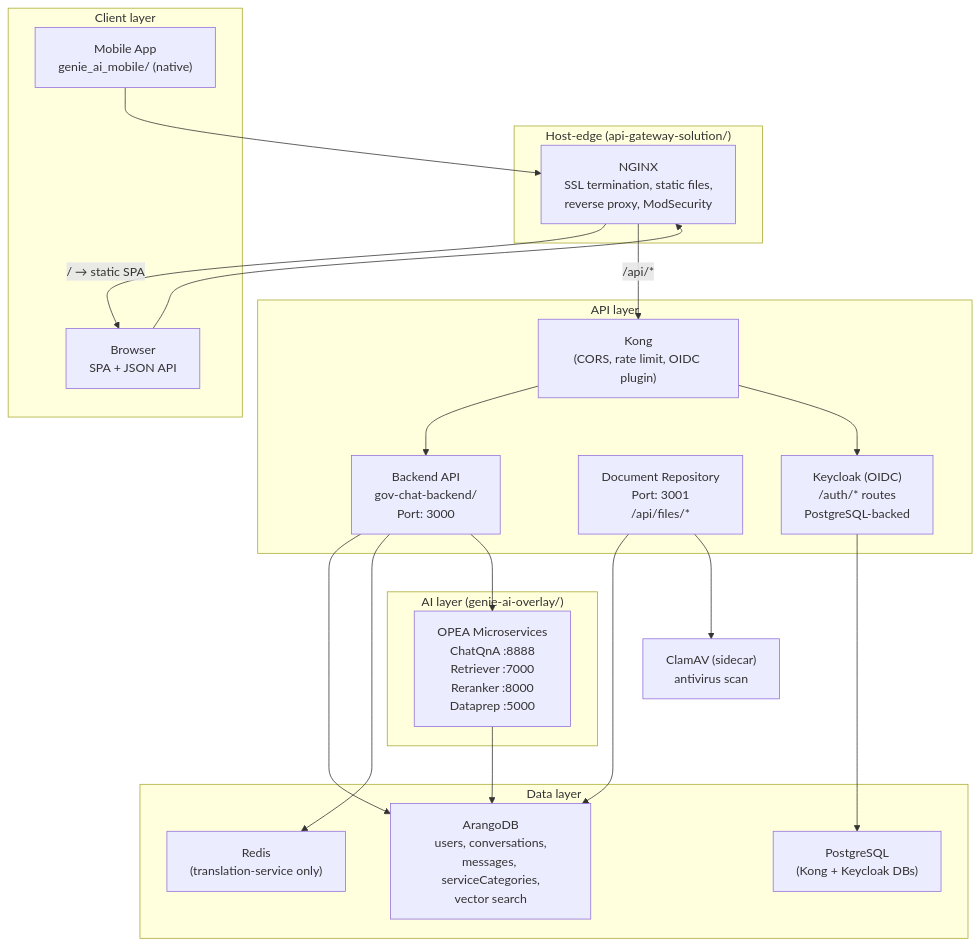
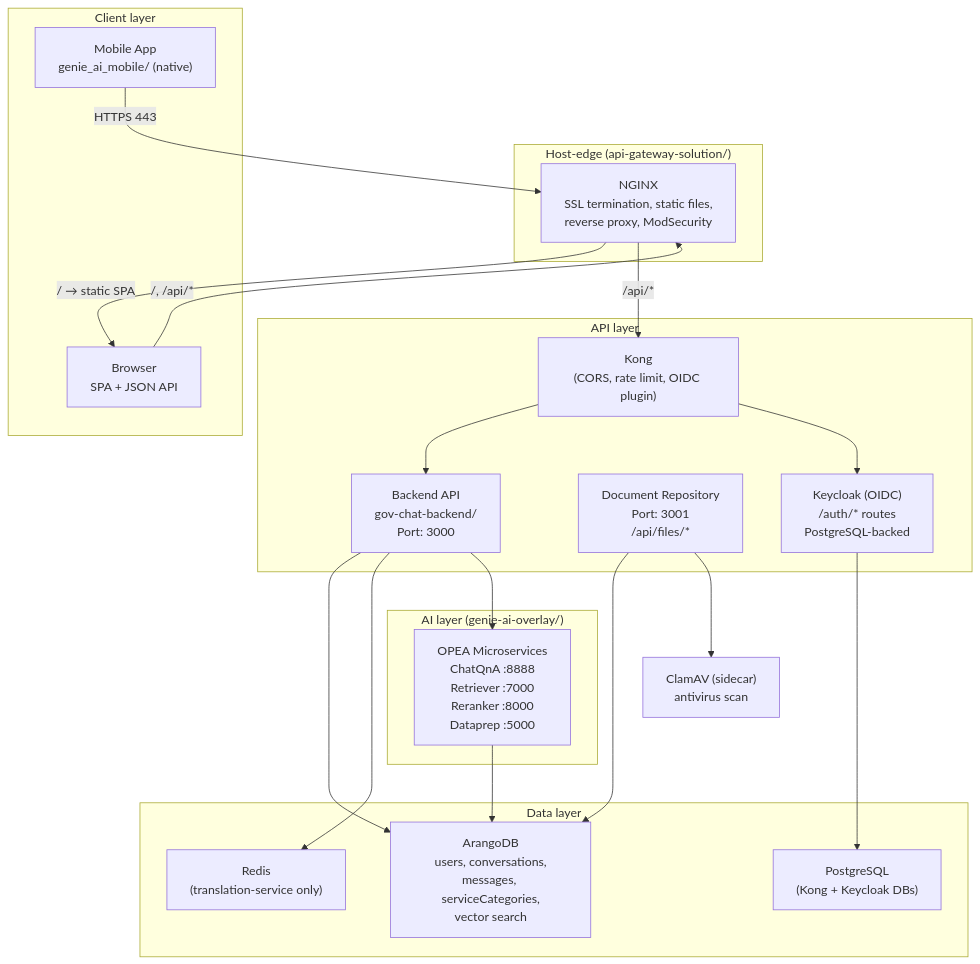
Before and after one commit to jrevillard/genie-ai-replica: the diagram in site/content/en/docs/core/source-tree-analysis.md, drawn with Mermaid. The commit also changed other lines of this file and 2 other files, not shown here.

````diff
--- a/site/content/en/docs/core/source-tree-analysis.md
+++ b/site/content/en/docs/core/source-tree-analysis.md
@@ -599,42 +599,42 @@
 ```mermaid
 flowchart TB
     subgraph Edge["Host-edge (api-gateway-solution/)"]
         Nginx["NGINX<br/>SSL termination, static files,<br/>reverse proxy, ModSecurity"]
     end
 
     subgraph Client["Client layer"]
         Browser["Browser<br/>SPA + JSON API"]
         Mobile["Mobile App<br/>genie_ai_mobile/ (native)"]
     end
 
     subgraph API["API layer"]
         Kong["Kong<br/>(CORS, rate limit, OIDC plugin)"]
         BE["Backend API<br/>gov-chat-backend/<br/>Port: 3000"]
         DocRepo["Document Repository<br/>Port: 3001<br/>/api/files/*"]
         KC["Keycloak (OIDC)<br/>/auth/* routes<br/>PostgreSQL-backed"]
     end
 
     subgraph Data["Data layer"]
         Arango["ArangoDB<br/>users, conversations,<br/>messages, serviceCategories,<br/>vector search"]
         Postgres["PostgreSQL<br/>(Kong + Keycloak DBs)"]
         Redis["Redis<br/>(translation-service only)"]
     end
 
     subgraph AI["AI layer (genie-ai-overlay/)"]
         OPEA["OPEA Microservices<br/>ChatQnA :8888<br/>Retriever :7000<br/>Reranker :8000<br/>Dataprep :5000"]
     end
 
-    Browser --> Nginx
-    Mobile --> Nginx
+    Browser -- "/, /api/*" --> Nginx
+    Mobile -- "HTTPS 443" --> Nginx
     Nginx -- "/ → static SPA" --> Browser
     Nginx -- "/api/*" --> Kong
     Kong --> BE
     Kong --> KC
     BE --> Arango
     BE --> Redis
     BE --> OPEA
     DocRepo --> Arango
     DocRepo --> ClamAV["ClamAV (sidecar)<br/>antivirus scan"]
     KC --> Postgres
     OPEA --> Arango
 ```
````
